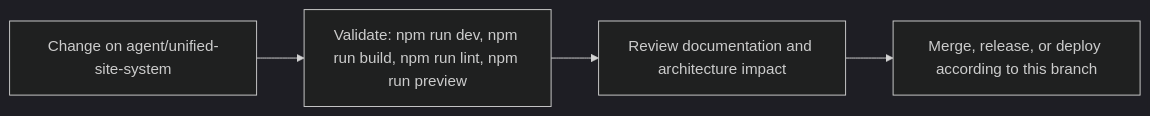
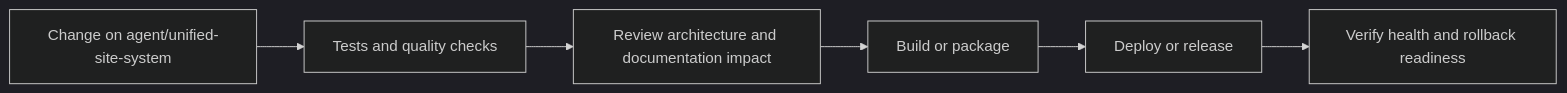
The fourth of 5 diagrams in README.md (Nischhalsubba/Reeja-Maharjan-Website-2026), drawn with Mermaid (dark theme) before and after one commit. The commit also changed other lines of this file, not shown here.

````diff
--- a/README.md
+++ b/README.md
@@ -80,8 +170,8 @@
 ```mermaid
 flowchart LR
-    CHANGE["Change on agent/unified-site-system"]
-    CHECK["Validate: npm run dev, npm run build, npm run lint, npm run preview"]
-    REVIEW["Review documentation and architecture impact"]
-    RELEASE["Merge, release, or deploy according to this branch"]
-    CHANGE --> CHECK --> REVIEW --> RELEASE
+    CHANGE["Change on agent/unified-site-system"] --> CHECK["Tests and quality checks"]
+    CHECK --> REVIEW["Review architecture and documentation impact"]
+    REVIEW --> BUILD["Build or package"]
+    BUILD --> DEPLOY["Deploy or release"]
+    DEPLOY --> VERIFY["Verify health and rollback readiness"]
 ```
````
